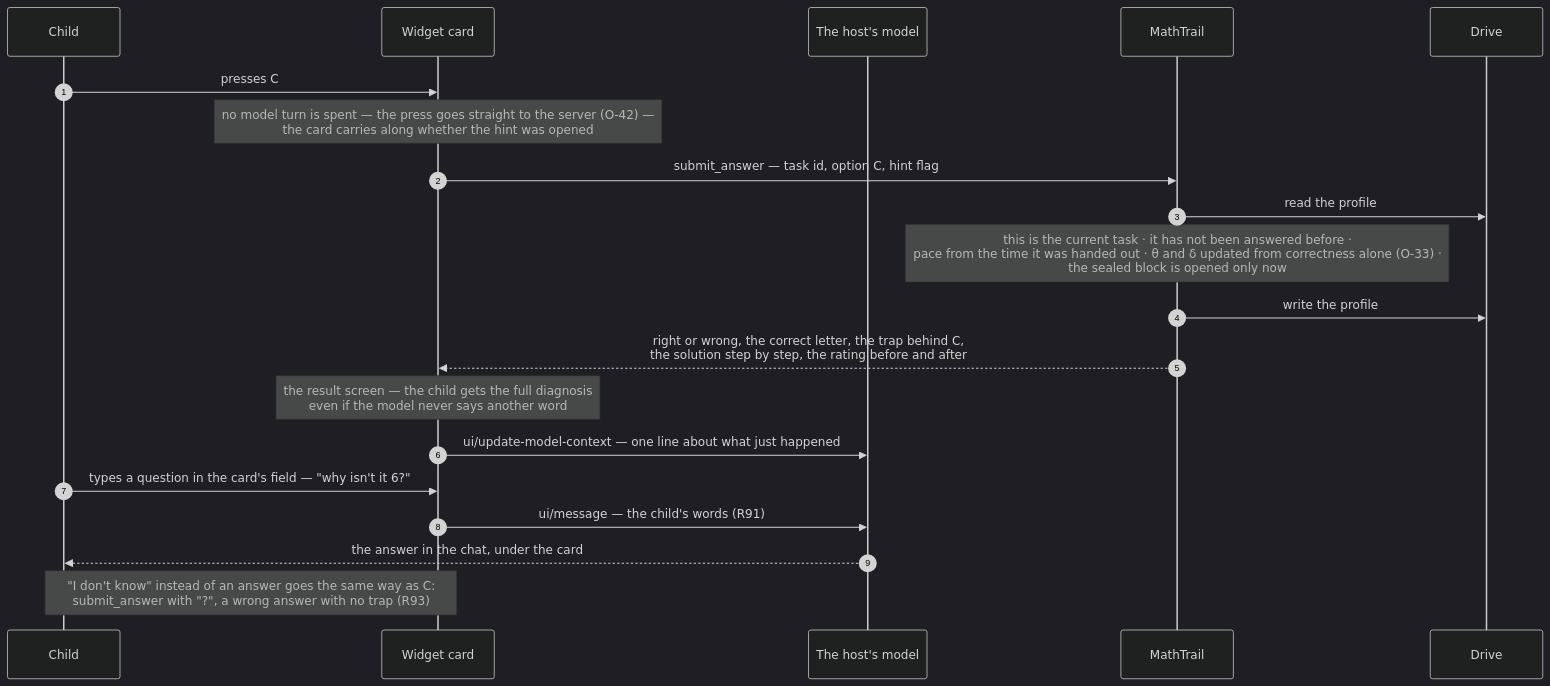
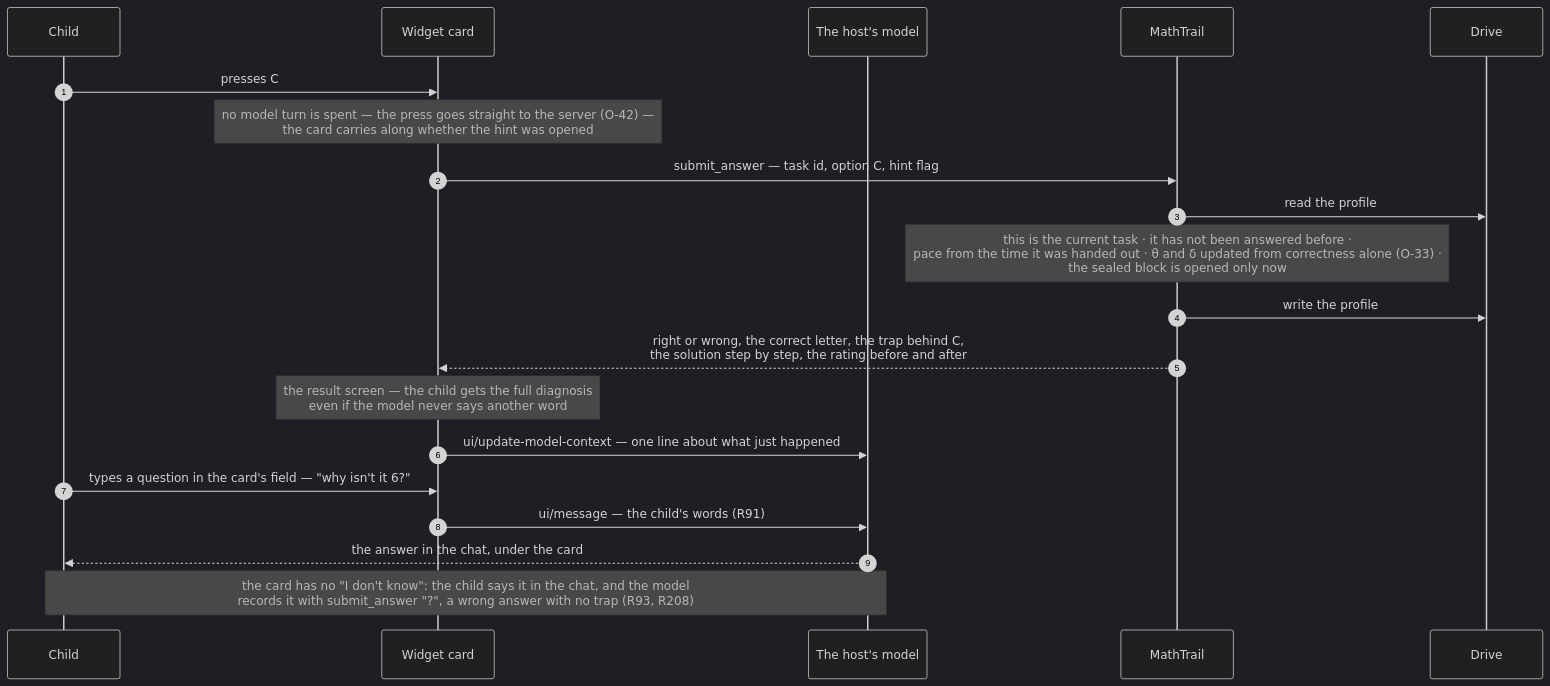
Before and after one commit to MathTrail/mathtrail-standalone: the third of 6 diagrams in docs/architecture/03-flows.md, drawn with Mermaid (dark theme). The commit also changed other lines of this file and 133 other files, not shown here.

````diff
--- a/docs/architecture/03-flows.md
+++ b/docs/architecture/03-flows.md
@@ -129,23 +129,23 @@
 ```mermaid
 sequenceDiagram
     autonumber
     participant K as Child
     participant W as Widget card
     participant M as The host's model
     participant MT as MathTrail
     participant D as Drive
 
     K->>W: presses C
     Note over W: no model turn is spent — the press goes straight to the server (О-42) —<br/>the card carries along whether the hint was opened
     W->>MT: submit_answer — task id, option C, hint flag
     MT->>D: read the profile
     Note over MT: this is the current task · it has not been answered before ·<br/>pace from the time it was handed out · θ and δ updated from correctness alone (О-33) ·<br/>the sealed block is opened only now
     MT->>D: write the profile
     MT-->>W: right or wrong, the correct letter, the trap behind C,<br/>the solution step by step, the rating before and after
     Note over W: the result screen — the child gets the full diagnosis<br/>even if the model never says another word
     W->>M: ui/update-model-context — one line about what just happened
     K->>W: types a question in the card's field — "why isn't it 6?"
     W->>M: ui/message — the child's words (R91)
     M-->>K: the answer in the chat, under the card
-    Note over K,W: "I don't know" instead of an answer goes the same way as C:<br/>submit_answer with "?", a wrong answer with no trap (R93)
+    Note over K,M: the card has no "I don't know": the child says it in the chat, and the model<br/>records it with submit_answer "?", a wrong answer with no trap (R93, R208)
 ```
````
